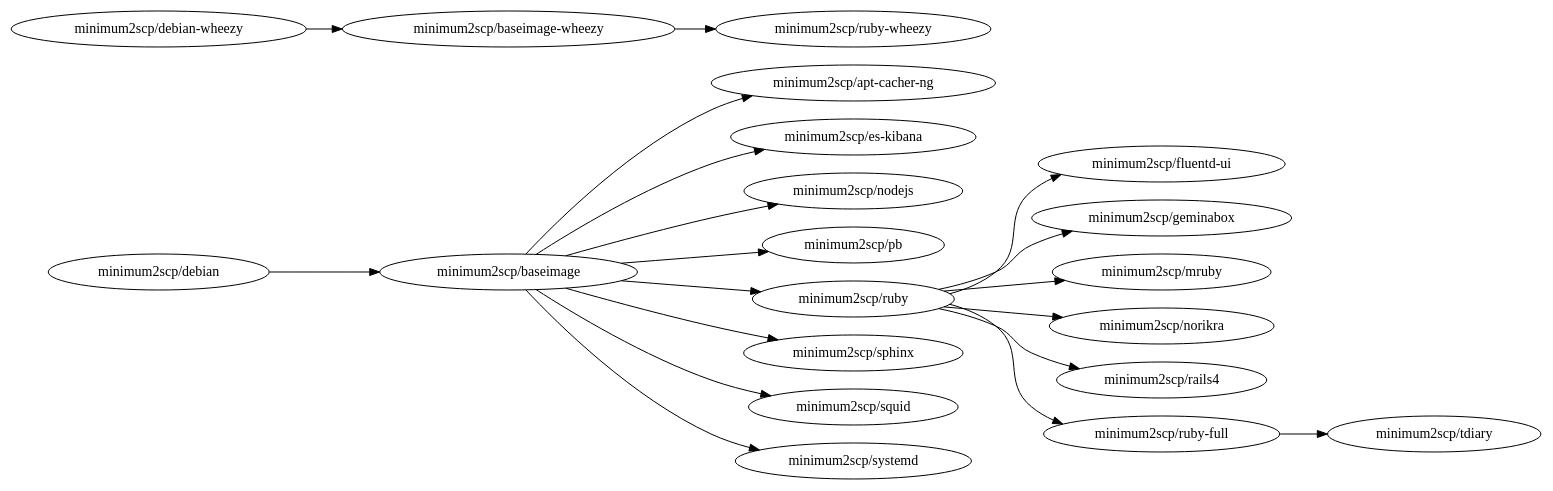
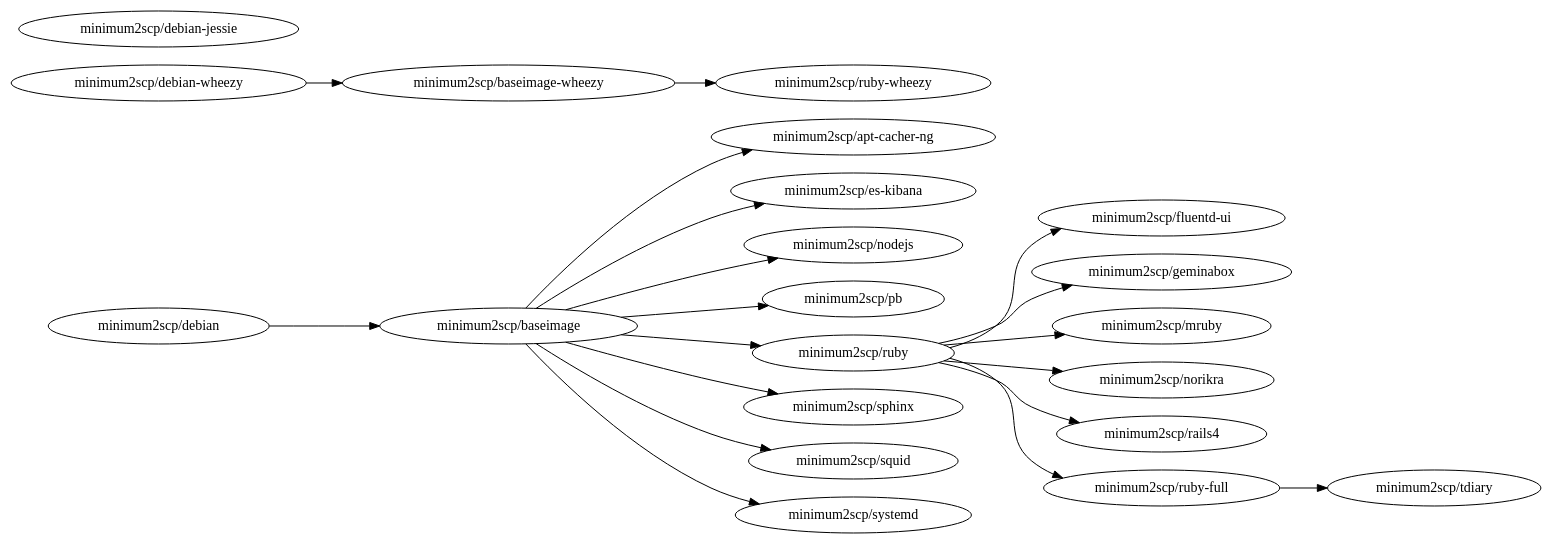
Before and after one commit to minimum2scp/dockerfiles: the diagram in deps.dot, drawn with Graphviz. The commit also changed 6 other files, not shown here.

Commit message:
add debian-jessie image

```diff
--- a/deps.dot
+++ b/deps.dot
@@ -1,34 +1,35 @@
 digraph deps {
   graph        [rankdir = "LR"];
   ratio = auto;
 
 
   acng              [label = "minimum2scp/apt-cacher-ng"];
   baseimage         [label = "minimum2scp/baseimage"];
   baseimage_wheezy  [label = "minimum2scp/baseimage-wheezy"];
   debian            [label = "minimum2scp/debian"];
+  debian_jessie     [label = "minimum2scp/debian-jessie"];
   debian_wheezy     [label = "minimum2scp/debian-wheezy"];
   es_kibana         [label = "minimum2scp/es-kibana"];
   fluentd_ui        [label = "minimum2scp/fluentd-ui"];
   geminabox         [label = "minimum2scp/geminabox"];
   mruby             [label = "minimum2scp/mruby"];
   nodejs            [label = "minimum2scp/nodejs"];
   norikra           [label = "minimum2scp/norikra"];
   pb                [label = "minimum2scp/pb"];
   rails4            [label = "minimum2scp/rails4"];
   ruby              [label = "minimum2scp/ruby"];
   ruby_full         [label = "minimum2scp/ruby-full"];
   ruby_wheezy       [label = "minimum2scp/ruby-wheezy"];
   sphinx            [label = "minimum2scp/sphinx"];
   squid             [label = "minimum2scp/squid"];
   systemd           [label = "minimum2scp/systemd"];
   tdiary            [label = "minimum2scp/tdiary"];
 
   debian    -> baseimage;
   baseimage -> {acng, es_kibana, nodejs, pb, ruby, sphinx, squid, systemd};
   ruby      -> {fluentd_ui, geminabox, mruby, norikra, rails4, ruby_full};
   ruby_full -> {tdiary};
 
   debian_wheezy    -> baseimage_wheezy;
   baseimage_wheezy -> ruby_wheezy;
 }
```
